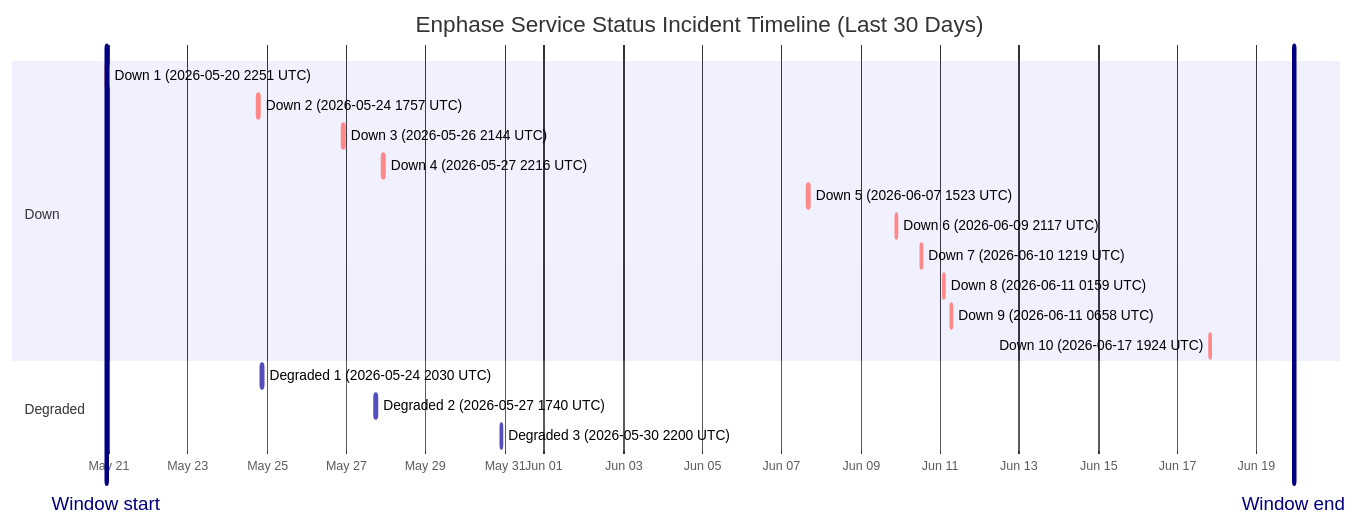
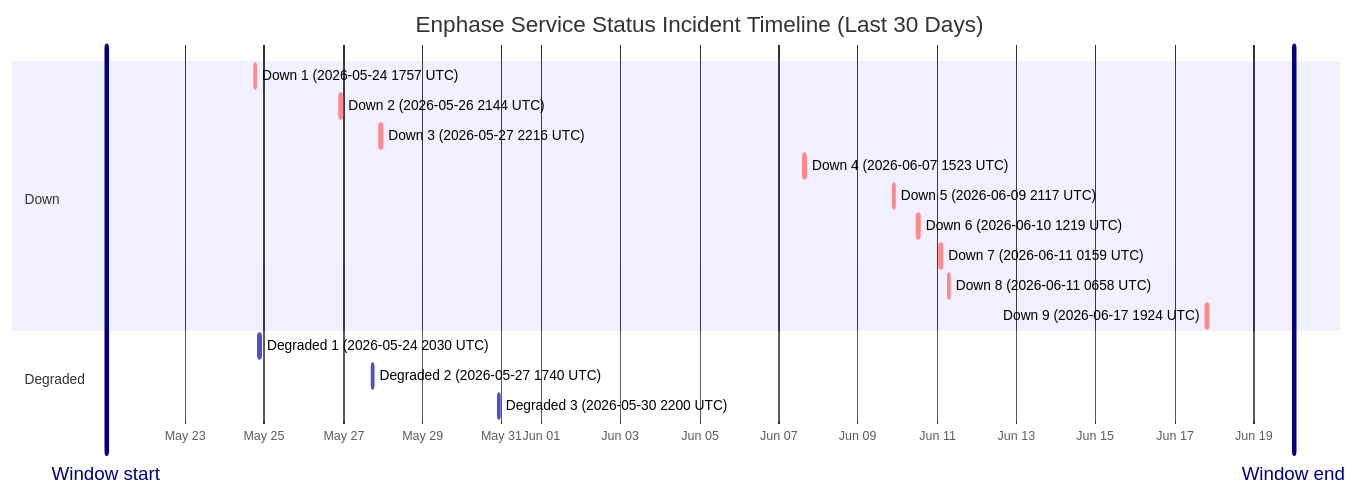
Before and after one commit to barneyonline/ha-enphase-energy: the diagram in wiki/Service-Status-History.md, drawn with Mermaid. The commit also changed other lines of this file and 3 other files, not shown here.

````diff
--- a/wiki/Service-Status-History.md
+++ b/wiki/Service-Status-History.md
@@ -14,23 +14,22 @@
 ```mermaid
 gantt
     title Enphase Service Status Incident Timeline (Last 30 Days)
     dateFormat  YYYY-MM-DDTHH:mm:ss
     axisFormat  %b %d
-    Window start :vert, window-start, 2026-05-20T22:30:42, 0ms
-    Window end :vert, window-end, 2026-06-19T22:30:42, 0ms
+    Window start :vert, window-start, 2026-05-21T00:08:19, 0ms
+    Window end :vert, window-end, 2026-06-20T00:08:19, 0ms
     section Down
-    Down 1 (2026-05-20 2251 UTC) :crit, down-1, 2026-05-20T22:51:14, 75m
-    Down 2 (2026-05-24 1757 UTC) :crit, down-2, 2026-05-24T17:57:41, 86m
-    Down 3 (2026-05-26 2144 UTC) :crit, down-3, 2026-05-26T21:44:11, 85m
-    Down 4 (2026-05-27 2216 UTC) :crit, down-4, 2026-05-27T22:16:53, 87m
-    Down 5 (2026-06-07 1523 UTC) :crit, down-5, 2026-06-07T15:23:22, 87m
-    Down 6 (2026-06-09 2117 UTC) :crit, down-6, 2026-06-09T21:17:17, 60m
-    Down 7 (2026-06-10 1219 UTC) :crit, down-7, 2026-06-10T12:19:21, 60m
-    Down 8 (2026-06-11 0159 UTC) :crit, down-8, 2026-06-11T01:59:36, 60m
-    Down 9 (2026-06-11 0658 UTC) :crit, down-9, 2026-06-11T06:58:45, 60m
-    Down 10 (2026-06-17 1924 UTC) :crit, down-10, 2026-06-17T19:24:51, 60m
+    Down 1 (2026-05-24 1757 UTC) :crit, down-1, 2026-05-24T17:57:41, 86m
+    Down 2 (2026-05-26 2144 UTC) :crit, down-2, 2026-05-26T21:44:11, 85m
+    Down 3 (2026-05-27 2216 UTC) :crit, down-3, 2026-05-27T22:16:53, 87m
+    Down 4 (2026-06-07 1523 UTC) :crit, down-4, 2026-06-07T15:23:22, 87m
+    Down 5 (2026-06-09 2117 UTC) :crit, down-5, 2026-06-09T21:17:17, 60m
+    Down 6 (2026-06-10 1219 UTC) :crit, down-6, 2026-06-10T12:19:21, 60m
+    Down 7 (2026-06-11 0159 UTC) :crit, down-7, 2026-06-11T01:59:36, 60m
+    Down 8 (2026-06-11 0658 UTC) :crit, down-8, 2026-06-11T06:58:45, 60m
+    Down 9 (2026-06-17 1924 UTC) :crit, down-9, 2026-06-17T19:24:51, 60m
     section Degraded
     Degraded 1 (2026-05-24 2030 UTC) :active, degraded-1, 2026-05-24T20:30:57, 84m
     Degraded 2 (2026-05-27 1740 UTC) :active, degraded-2, 2026-05-27T17:40:52, 60m
     Degraded 3 (2026-05-30 2200 UTC) :active, degraded-3, 2026-05-30T22:00:37, 60m
 ```
````
